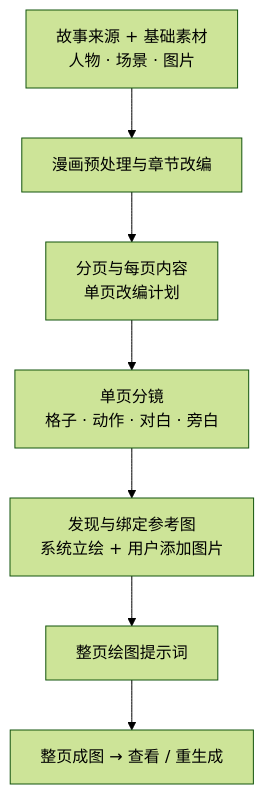
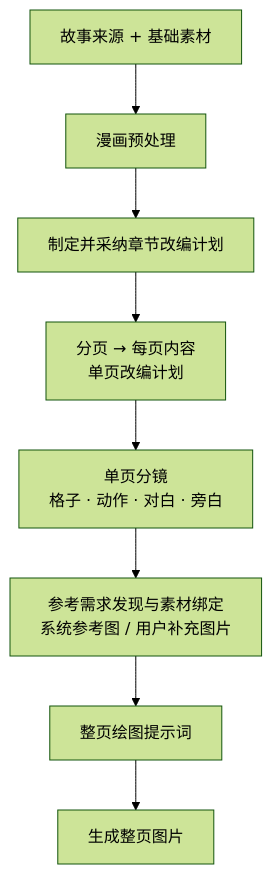
One commit to GTJasonMK/A4N changed the seventh of 18 diagrams in README.md. Above: the diagram before and after it, drawn with Mermaid (forest theme). The commit also changed other lines of this file and 2 other files, not shown here.

First line of the commit message:
docs: fix README diagram flows and mobile readability

````diff
--- a/README.md
+++ b/README.md
@@ -124,11 +130,12 @@
 ```mermaid
 flowchart TB
   accTitle: 漫画从故事来源到整页成图的制作流程
-  accDescr: 来源与素材经过预处理和改编，再进行分页、单页内容、分镜、参考图、提示词及成图；中间产物可查看和编辑。
-  source["故事来源 + 基础素材<br/>人物 · 场景 · 图片"] --> prepare["漫画预处理与章节改编"]
-  prepare --> pages["分页与每页内容<br/>单页改编计划"]
+  accDescr: 来源与素材先经过漫画预处理和章节改编计划采纳，再分页并准备每页内容和单页改编，之后制作分镜、发现参考图、编写提示词和生成整页图片。
+  source["故事来源 + 基础素材"] --> prepare["漫画预处理"]
+  prepare --> adaptation["制定并采纳章节改编计划"]
+  adaptation --> pages["分页 → 每页内容<br/>单页改编计划"]
   pages --> storyboard["单页分镜<br/>格子 · 动作 · 对白 · 旁白"]
-  storyboard --> references["发现与绑定参考图<br/>系统立绘 + 用户添加图片"]
+  storyboard --> references["参考需求发现与素材绑定<br/>系统参考图 / 用户补充图片"]
   references --> prompt["整页绘图提示词"]
-  prompt --> image["整页成图 → 查看 / 重生成"]
+  prompt --> image["生成整页图片"]
 ```
````
